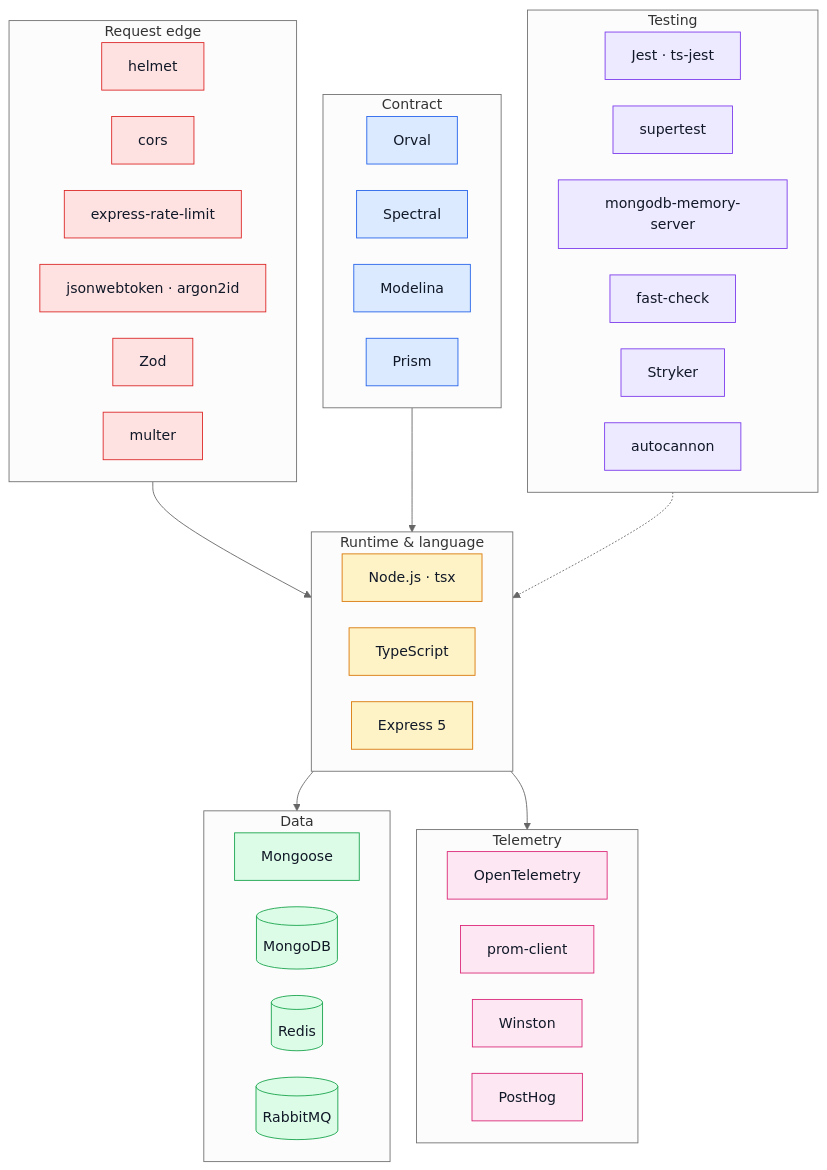
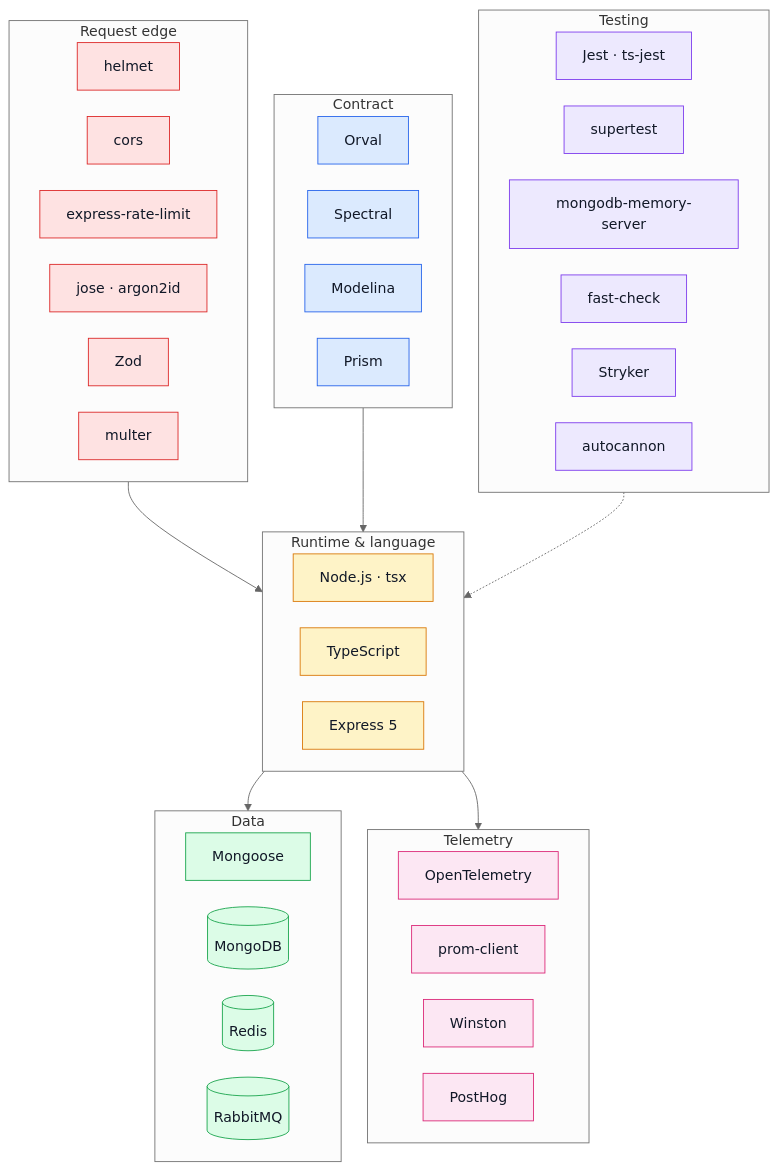
The diagram in docs/tools/tools-explained.md (Guebbit/boilerplate-node-backend), drawn with Mermaid (neutral theme) before and after one commit. The commit also changed other lines of this file and 20 other files, not shown here.

First line of the commit message:
refactor(account): sign and verify session JWTs with jose instead of jsonwebtoken

````diff
--- a/docs/tools/tools-explained.md
+++ b/docs/tools/tools-explained.md
@@ -10,67 +10,67 @@
 ```mermaid
 %%{init: {'flowchart': {'nodeSpacing': 30, 'rankSpacing': 45}}}%%
 flowchart TD
     subgraph RUN["Runtime & language"]
         NODE["Node.js · tsx"]
         TS["TypeScript"]
         EXPRESS["Express 5"]
     end
 
     subgraph DATA["Data"]
         MONGOOSE["Mongoose"]
         MONGO[("MongoDB")]
         REDIS[("Redis")]
         RMQ[("RabbitMQ")]
     end
 
     subgraph SEC["Request edge"]
         HELMET["helmet"]
         CORS["cors"]
         RATE["express-rate-limit"]
-        JWT["jsonwebtoken · argon2id"]
+        JWT["jose · argon2id"]
         ZOD["Zod"]
         MULTER["multer"]
     end
 
     subgraph CONTRACT["Contract"]
         ORVAL["Orval"]
         SPECTRAL["Spectral"]
         MODELINA["Modelina"]
         PRISM["Prism"]
     end
 
     subgraph TEST["Testing"]
         JEST["Jest · ts-jest"]
         SUPERTEST["supertest"]
         MEMSERVER["mongodb-memory-server"]
         FC["fast-check"]
         STRYKER["Stryker"]
         AUTOCANNON["autocannon"]
     end
 
     subgraph OBS["Telemetry"]
         OTEL["OpenTelemetry"]
         PROM["prom-client"]
         WINSTON["Winston"]
         POSTHOG["PostHog"]
     end
 
     SEC --> RUN
     RUN --> DATA
     RUN --> OBS
     CONTRACT --> RUN
     TEST -.-> RUN
 
     classDef run fill:#fef3c7,stroke:#d97706,color:#111827;
     classDef data fill:#dcfce7,stroke:#16a34a,color:#111827;
     classDef sec fill:#fee2e2,stroke:#dc2626,color:#111827;
     classDef contract fill:#dbeafe,stroke:#2563eb,color:#111827;
     classDef test fill:#ede9fe,stroke:#7c3aed,color:#111827;
     classDef obs fill:#fce7f3,stroke:#db2777,color:#111827;
     class NODE,TS,EXPRESS run;
     class MONGOOSE,MONGO,REDIS,RMQ data;
     class HELMET,CORS,RATE,JWT,ZOD,MULTER sec;
     class ORVAL,SPECTRAL,MODELINA,PRISM contract;
     class JEST,SUPERTEST,MEMSERVER,FC,STRYKER,AUTOCANNON test;
     class OTEL,PROM,WINSTON,POSTHOG obs;
 ```
````
